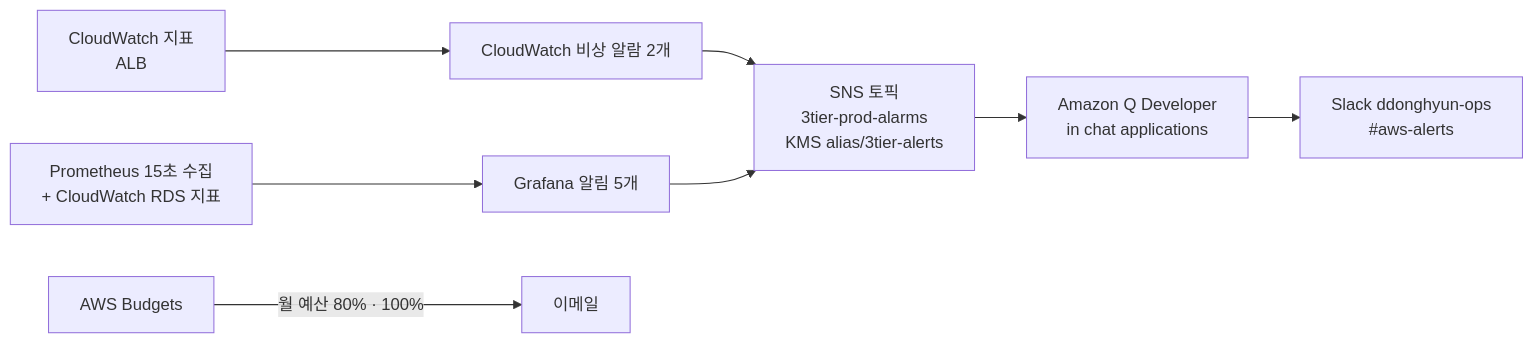
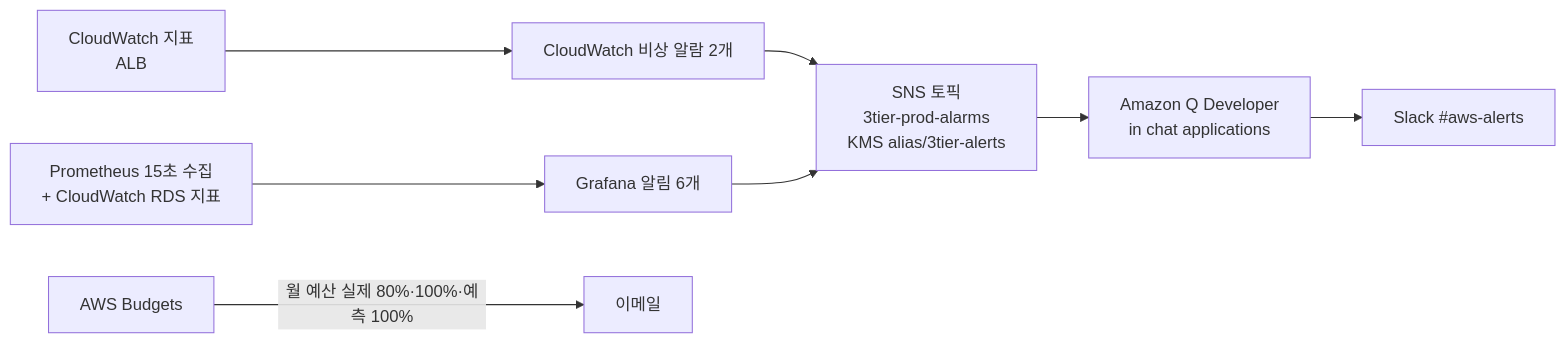
The fourth of 4 diagrams in docs/architecture.md (DDongHyun00/3-tier-terraform-ecs), drawn with Mermaid before and after one commit. The commit also changed other lines of this file and 48 other files, not shown here.

````diff
--- a/docs/architecture.md
+++ b/docs/architecture.md
@@ -95,10 +109,10 @@
 ```mermaid
 flowchart LR
     M[CloudWatch 지표<br/>ALB] --> AL[CloudWatch 비상 알람 2개]
-    P[Prometheus 15초 수집<br/>+ CloudWatch RDS 지표] --> G[Grafana 알림 5개]
+    P[Prometheus 15초 수집<br/>+ CloudWatch RDS 지표] --> G[Grafana 알림 6개]
     AL --> SNS
     G --> SNS[SNS 토픽<br/>3tier-prod-alarms<br/>KMS alias/3tier-alerts]
     SNS --> Q[Amazon Q Developer<br/>in chat applications]
-    Q --> SL[Slack ddonghyun-ops<br/>#aws-alerts]
-    B[AWS Budgets] -->|월 예산 80% · 100%| MAIL[이메일]
+    Q --> SL[Slack #aws-alerts]
+    B[AWS Budgets] -->|월 예산 실제 80%·100%·예측 100%| MAIL[이메일]
 ```
````
